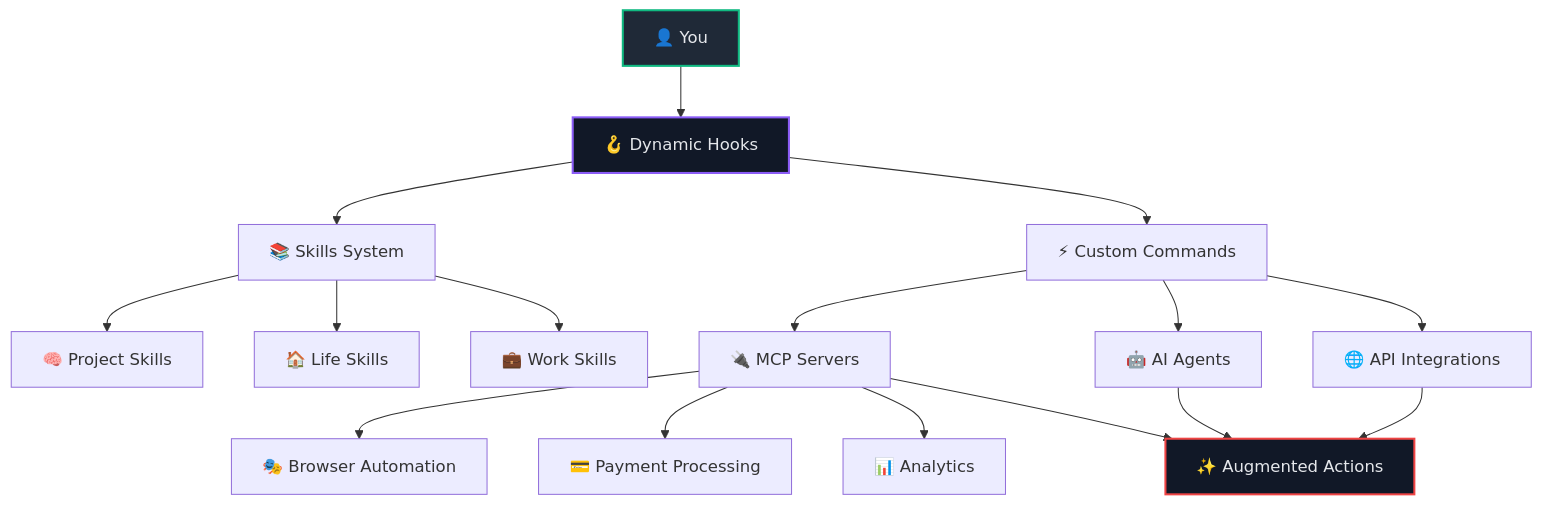
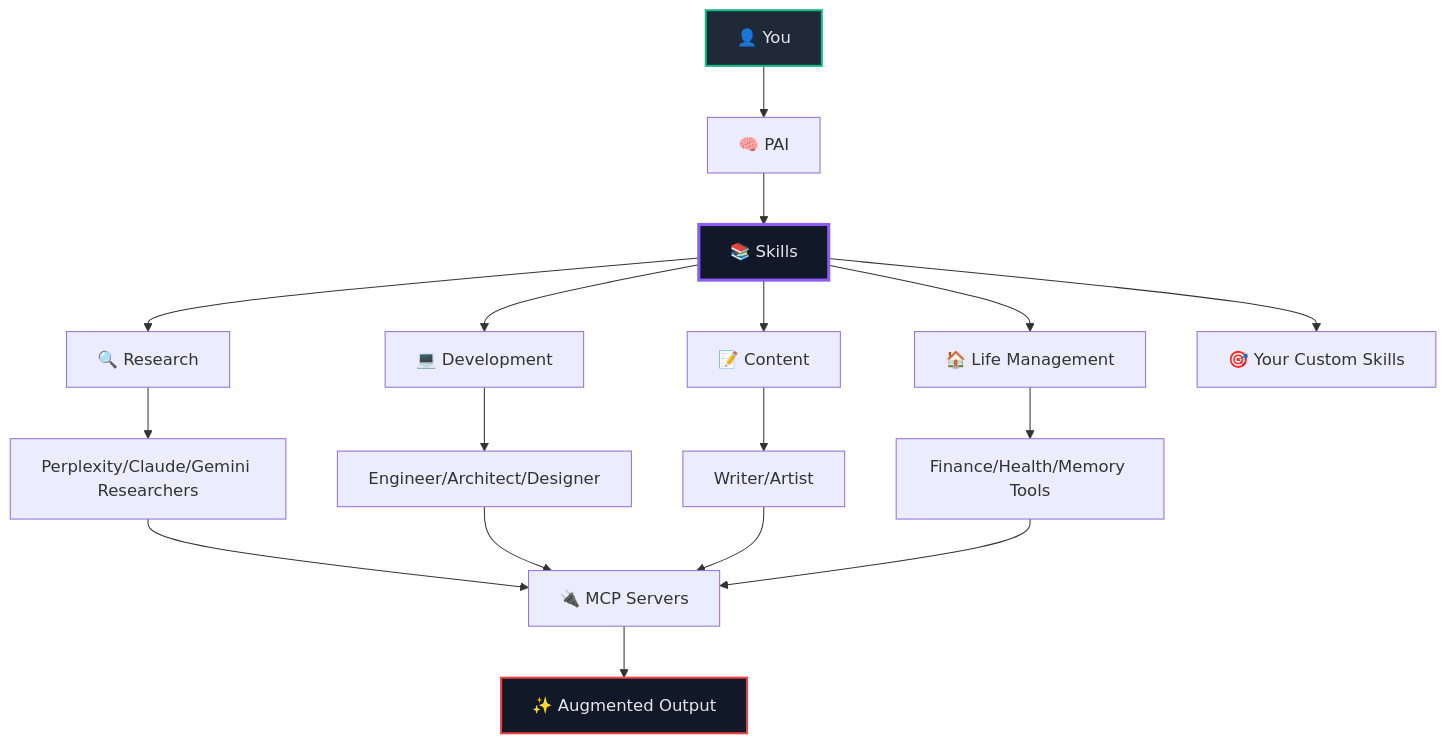
One commit to uhbuhb/Personal_AI_Infrastructure changed the second of 2 diagrams in README.md. Above: the diagram before and after it, drawn with Mermaid. The commit also changed other lines of this file, not shown here.

First line of the commit message:
Update README to reflect Skills-based architecture

````diff
--- a/README.md
+++ b/README.md
@@ -275,27 +275,28 @@
 ```mermaid
 graph TD
-    User[👤 You] --> Hooks[🪝 Dynamic Hooks]
+    You[👤 You] --> PAI[🧠 PAI]
 
-    Hooks --> Skills[📚 Skills System]
-    Hooks --> Commands[⚡ Custom Commands]
+    PAI --> Skills[📚 Skills]
 
-    Skills --> Projects[🧠 Project Skills]
-    Skills --> Life[🏠 Life Skills]
-    Skills --> Work[💼 Work Skills]
+    Skills --> Research[🔍 Research]
+    Skills --> Development[💻 Development]
+    Skills --> Content[📝 Content]
+    Skills --> Life[🏠 Life Management]
+    Skills --> Custom[🎯 Your Custom Skills]
 
-    Commands --> MCPs[🔌 MCP Servers]
-    Commands --> Agents[🤖 AI Agents]
-    Commands --> APIs[🌐 API Integrations]
+    Research --> Agents1[Perplexity/Claude/Gemini Researchers]
+    Development --> Agents2[Engineer/Architect/Designer]
+    Content --> Agents3[Writer/Artist]
+    Life --> Tools[Finance/Health/Memory Tools]
 
-    MCPs --> ChromeDevTools[🎭 Browser Automation]
-    MCPs --> Stripe[💳 Payment Processing]
-    MCPs --> Analytics[📊 Analytics]
+    Agents1 --> MCPs[🔌 MCP Servers]
+    Agents2 --> MCPs
+    Agents3 --> MCPs
+    Tools --> MCPs
 
-    Agents --> Output[✨ Augmented Actions]
-    APIs --> Output
-    MCPs --> Output
+    MCPs --> Output[✨ Augmented Output]
 
-    style User fill:#1f2937,stroke:#10b981,stroke-width:2px,color:#e5e7eb
-    style Hooks fill:#111827,stroke:#8b5cf6,stroke-width:2px,color:#e5e7eb
+    style You fill:#1f2937,stroke:#10b981,stroke-width:2px,color:#e5e7eb
+    style Skills fill:#111827,stroke:#8b5cf6,stroke-width:3px,color:#e5e7eb
     style Output fill:#111827,stroke:#ef4444,stroke-width:2px,color:#e5e7eb
 ```
````
